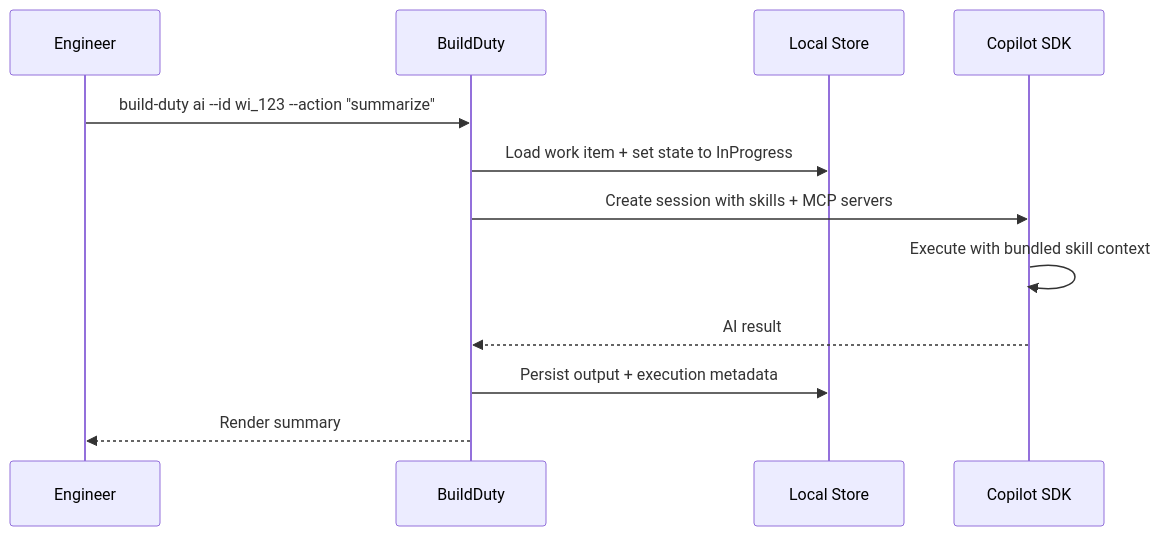
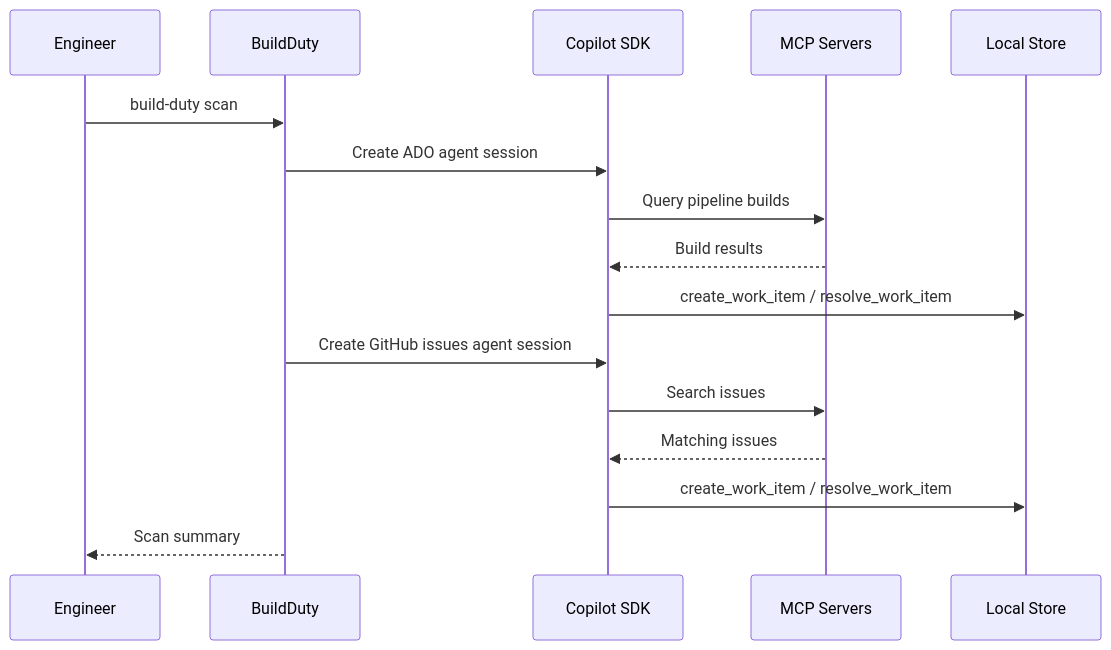
One commit to ellahathaway/build-duty changed the second of 2 diagrams in docs/design-doc.md. Above: the diagram before and after it, drawn with Mermaid. The commit also changed other lines of this file and 39 other files, not shown here.

````diff
--- a/docs/design-doc.md
+++ b/docs/design-doc.md
@@ -74,15 +78,19 @@
 ```mermaid
 sequenceDiagram
   participant U as Engineer
   participant B as BuildDuty
+  participant C as Copilot SDK
+  participant M as MCP Servers
   participant S as Local Store
-  participant C as Copilot SDK
 
-  U->>B: build-duty ai --id wi_123 --action "summarize"
-  B->>S: Load work item + set state to InProgress
-  B->>C: Create session with skills + MCP servers
-  C->>C: Execute with bundled skill context
-  C-->>B: AI result
-  B->>S: Persist output + execution metadata
-  B-->>U: Render summary
+  U->>B: build-duty scan
+  B->>C: Create ADO agent session
+  C->>M: Query pipeline builds
+  M-->>C: Build results
+  C->>S: create_work_item / resolve_work_item
+  B->>C: Create GitHub issues agent session
+  C->>M: Search issues
+  M-->>C: Matching issues
+  C->>S: create_work_item / resolve_work_item
+  B-->>U: Scan summary
 ```
````
